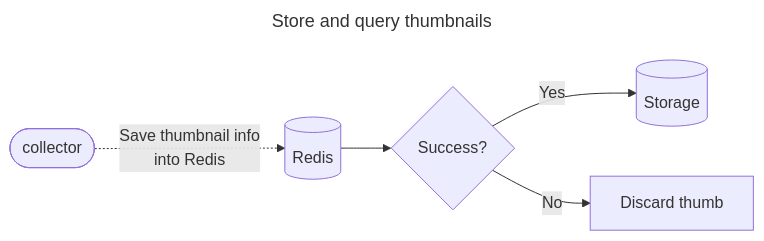
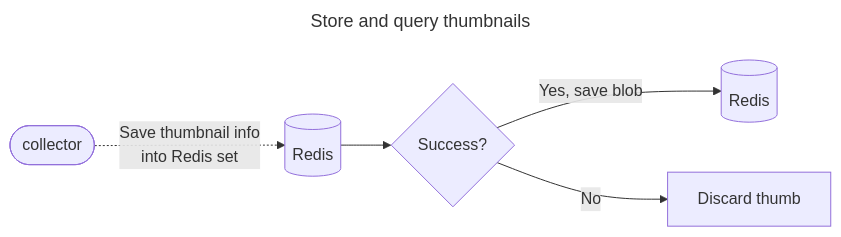
The second of 2 diagrams in DESIGN.md (mauricioabreu/video_samples), drawn with Mermaid before and after one commit.

Commit message:
docs: Save BLOB into Redis too

````diff
--- a/DESIGN.md
+++ b/DESIGN.md
@@ -45,11 +45,11 @@
 ```mermaid
 ---
 title: Store and query thumbnails
 ---
 
 graph LR
-    collector([collector])-. Save thumbnail info <br/>into Redis .->redis[(Redis)]
-    redis --> success{Success?}
-    success -->|Yes| storage[(Storage)]
+    collector([collector])-. Save thumbnail info <br/>into Redis set .->redisset[(Redis)]
+    redisset --> success{Success?}
+    success -->|Yes, save blob| redisblob[(Redis)]
     success -->|No| discard[Discard thumb]
 ```
````
